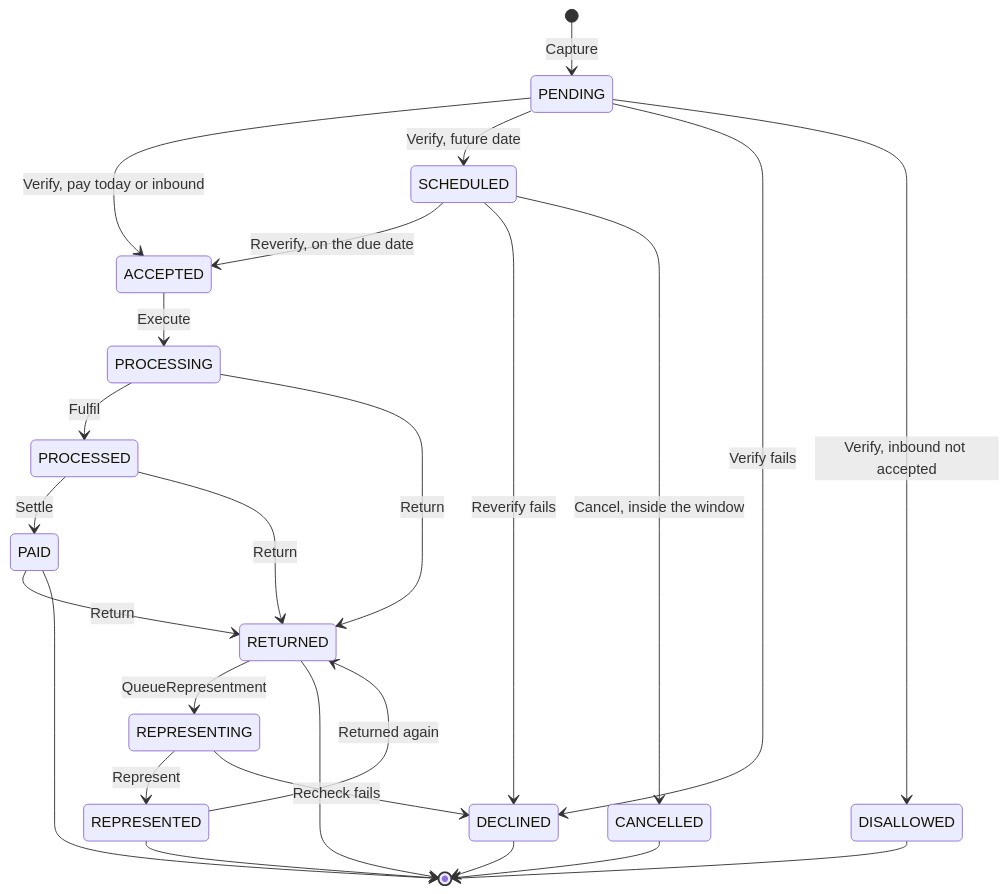
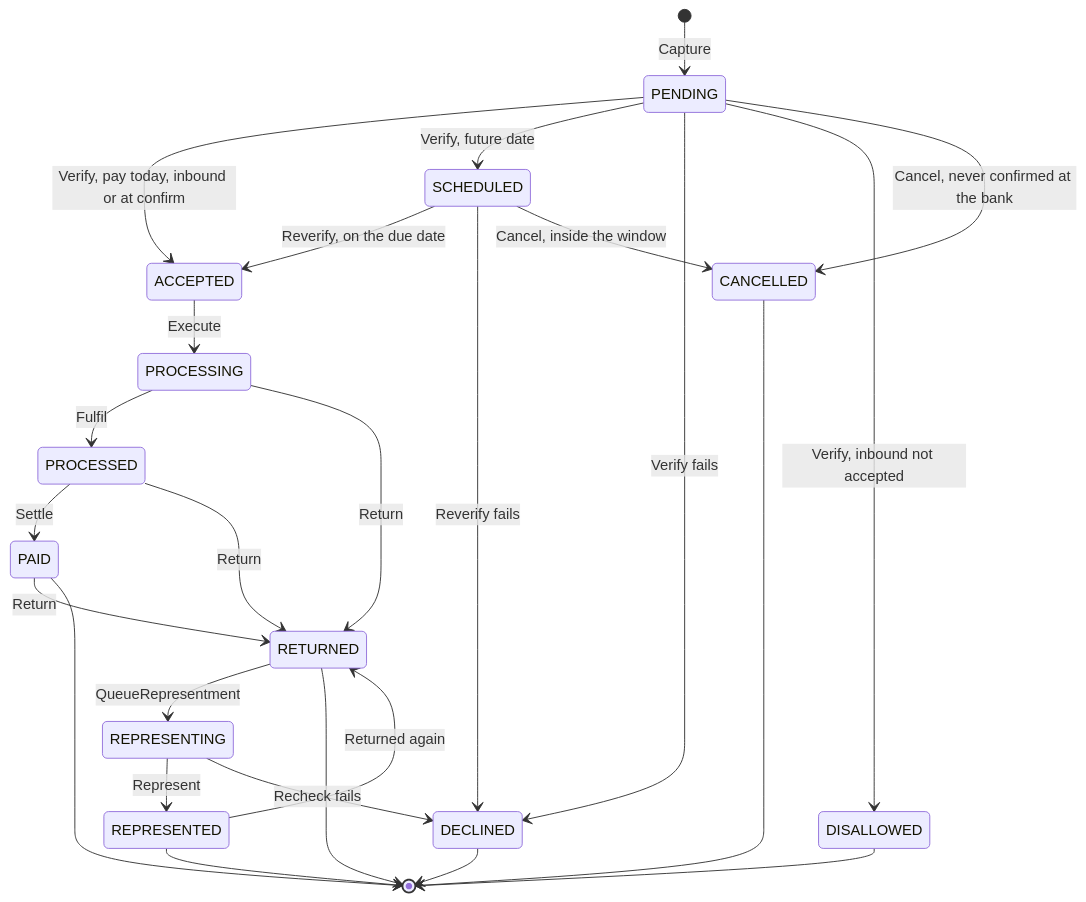
One commit to arunav-bhattacharya/billpay-book changed the first of 2 diagrams in website/docs/design/payment-state-model.md. Above: the diagram before and after it, drawn with Mermaid. The commit also changed other lines of this file and 34 other files, not shown here.

First line of the commit message:
Pay by bank replaces the payment intent; a corporate parent only clears

````diff
--- a/website/docs/design/payment-state-model.md
+++ b/website/docs/design/payment-state-model.md
@@ -23,33 +23,34 @@
 ```mermaid
 ---
 config:
   nodeSpacing: 40
   rankSpacing: 34
 ---
 stateDiagram-v2
   direction TB
   [*] --> PENDING: Capture
-  PENDING --> ACCEPTED: Verify, pay today or inbound
+  PENDING --> ACCEPTED: Verify, pay today, inbound or at confirm
   PENDING --> SCHEDULED: Verify, future date
   PENDING --> DECLINED: Verify fails
   PENDING --> DISALLOWED: Verify, inbound not accepted
+  PENDING --> CANCELLED: Cancel, never confirmed at the bank
   SCHEDULED --> ACCEPTED: Reverify, on the due date
   SCHEDULED --> DECLINED: Reverify fails
   SCHEDULED --> CANCELLED: Cancel, inside the window
   ACCEPTED --> PROCESSING: Execute
   PROCESSING --> PROCESSED: Fulfil
   PROCESSED --> PAID: Settle
   PROCESSING --> RETURNED: Return
   PROCESSED --> RETURNED: Return
   PAID --> RETURNED: Return
   RETURNED --> REPRESENTING: QueueRepresentment
   REPRESENTING --> REPRESENTED: Represent
   REPRESENTING --> DECLINED: Recheck fails
   REPRESENTED --> RETURNED: Returned again
   PAID --> [*]
   RETURNED --> [*]
   REPRESENTED --> [*]
   DECLINED --> [*]
   CANCELLED --> [*]
   DISALLOWED --> [*]
 ```
````
